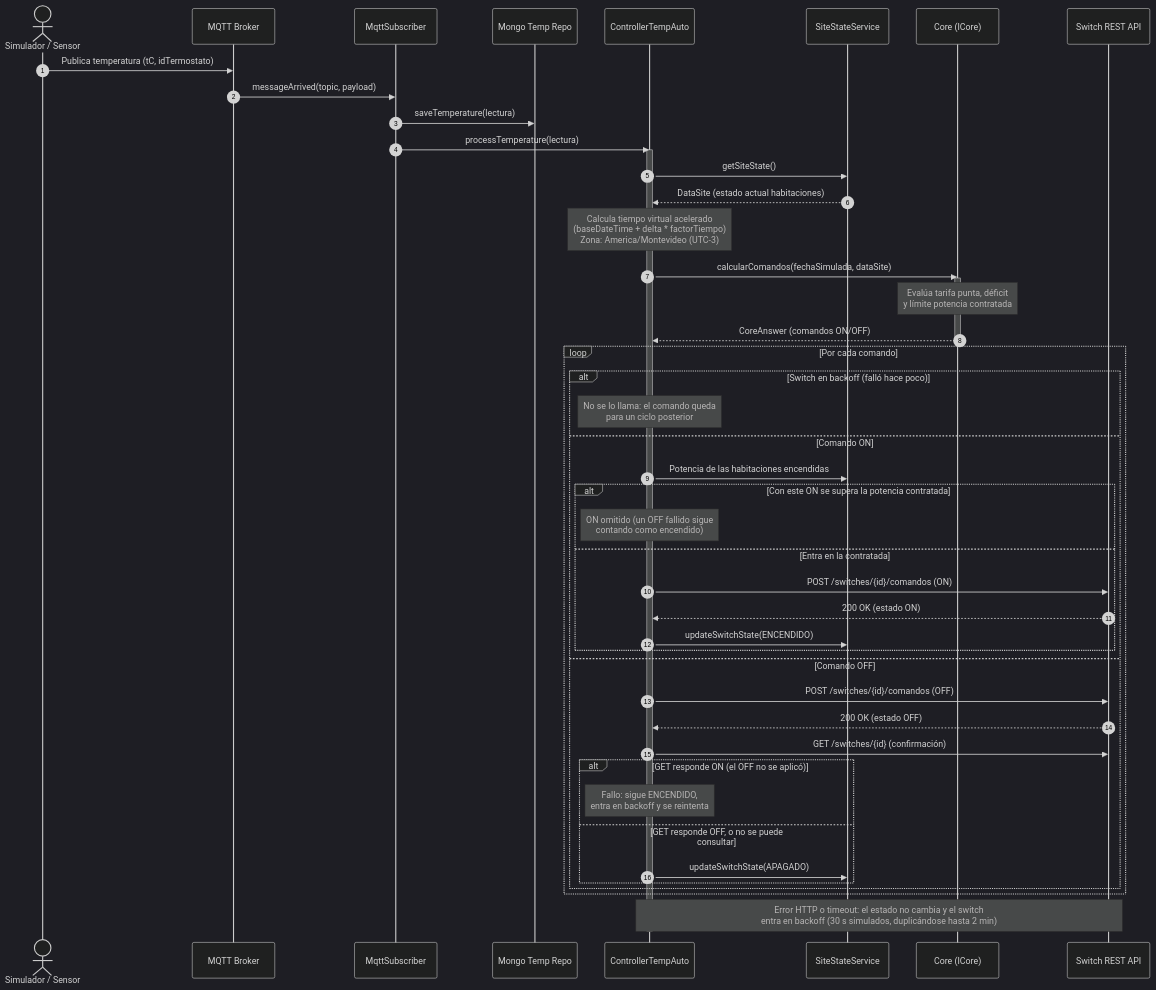
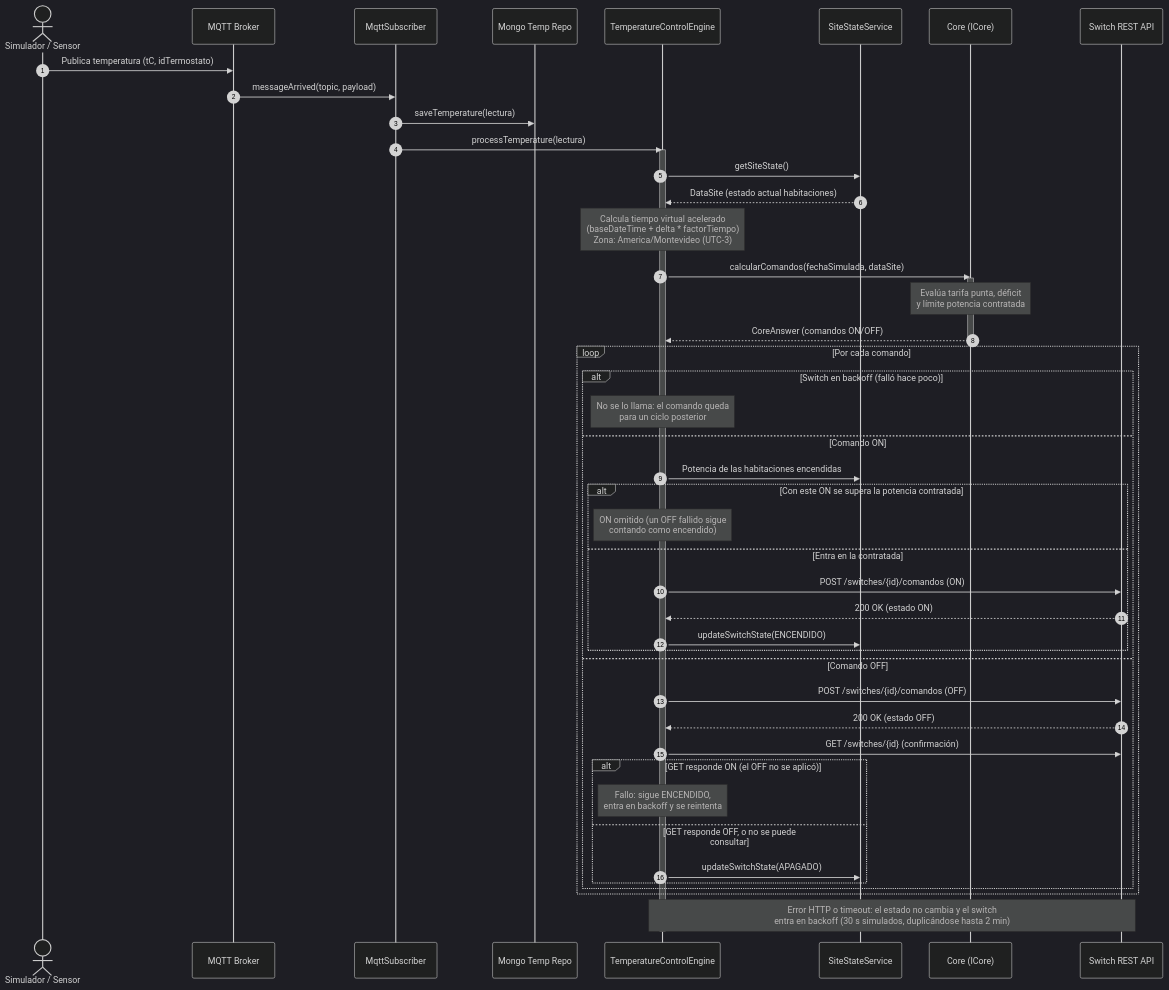
The second of 6 diagrams in docs/arquitectura/4mas1.md (walterlarrea/IISS-2026-grupo-2), drawn with Mermaid (dark theme) before and after one commit. The commit also changed other lines of this file, not shown here.

````diff
--- a/docs/arquitectura/4mas1.md
+++ b/docs/arquitectura/4mas1.md
@@ -110,51 +110,51 @@
 ```mermaid
 sequenceDiagram
     autonumber
     actor Sensor as Simulador / Sensor
     participant Broker as MQTT Broker
     participant MqttSub as MqttSubscriber
     participant Repo as Mongo Temp Repo
-    participant Engine as ControllerTempAuto
+    participant Engine as TemperatureControlEngine
     participant State as SiteStateService
     participant Core as Core (ICore)
     participant Switch as Switch REST API
     Sensor ->> Broker: Publica temperatura (tC, idTermostato)
     Broker ->> MqttSub: messageArrived(topic, payload)
     MqttSub ->> Repo: saveTemperature(lectura)
     MqttSub ->> Engine: processTemperature(lectura)
     activate Engine
     Engine ->> State: getSiteState()
     State -->> Engine: DataSite (estado actual habitaciones)
     Note over Engine: Calcula tiempo virtual acelerado<br/>(baseDateTime + delta * factorTiempo)<br/>Zona: America/Montevideo (UTC-3)
     Engine ->> Core: calcularComandos(fechaSimulada, dataSite)
     activate Core
     Note over Core: Evalúa tarifa punta, déficit<br/>y límite potencia contratada
     Core -->> Engine: CoreAnswer (comandos ON/OFF)
     deactivate Core
 
     loop Por cada comando
         alt Switch en backoff (falló hace poco)
             Note over Engine: No se lo llama: el comando queda<br/>para un ciclo posterior
         else Comando ON
             Engine ->> State: Potencia de las habitaciones encendidas
             alt Con este ON se supera la potencia contratada
                 Note over Engine: ON omitido (un OFF fallido sigue<br/>contando como encendido)
             else Entra en la contratada
                 Engine ->> Switch: POST /switches/{id}/comandos (ON)
                 Switch -->> Engine: 200 OK (estado ON)
                 Engine ->> State: updateSwitchState(ENCENDIDO)
             end
         else Comando OFF
             Engine ->> Switch: POST /switches/{id}/comandos (OFF)
             Switch -->> Engine: 200 OK (estado OFF)
             Engine ->> Switch: GET /switches/{id} (confirmación)
             alt GET responde ON (el OFF no se aplicó)
                 Note over Engine: Fallo: sigue ENCENDIDO,<br/>entra en backoff y se reintenta
             else GET responde OFF, o no se puede consultar
                 Engine ->> State: updateSwitchState(APAGADO)
             end
         end
     end
     Note over Engine,Switch: Error HTTP o timeout: el estado no cambia y el switch<br/>entra en backoff (30 s simulados, duplicándose hasta 2 min)
     deactivate Engine
 ```
````
